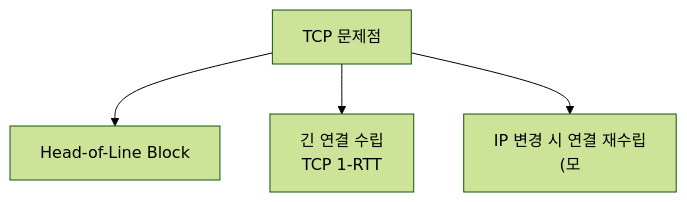
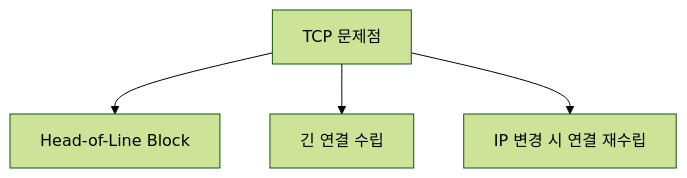
Before and after one commit to yjkim2015/yjkim2015.github.io: the fifth of 6 diagrams in _posts/network/2026-05-03-tcp-udp-deep.md, drawn with Mermaid (forest theme). The commit also changed other lines of this file and 217 other files, not shown here.

First line of the commit message:
Mermaid 크기 수정: useMaxWidth:true + SVG max-width:100% + 라벨 축소

````diff
--- a/_posts/network/2026-05-03-tcp-udp-deep.md
+++ b/_posts/network/2026-05-03-tcp-udp-deep.md
@@ -367,10 +367,10 @@
 ```mermaid
 graph TD
     A["TCP 문제점"]
     B["Head-of-Line Block"]
-    C["긴 연결 수립\nTCP 1-RTT"]
-    D["IP 변경 시 연결 재수립\n(모"]
+    C["긴 연결 수립"]
+    D["IP 변경 시 연결 재수립"]
     A --> B
     A --> C
     A --> D
 ```
````
